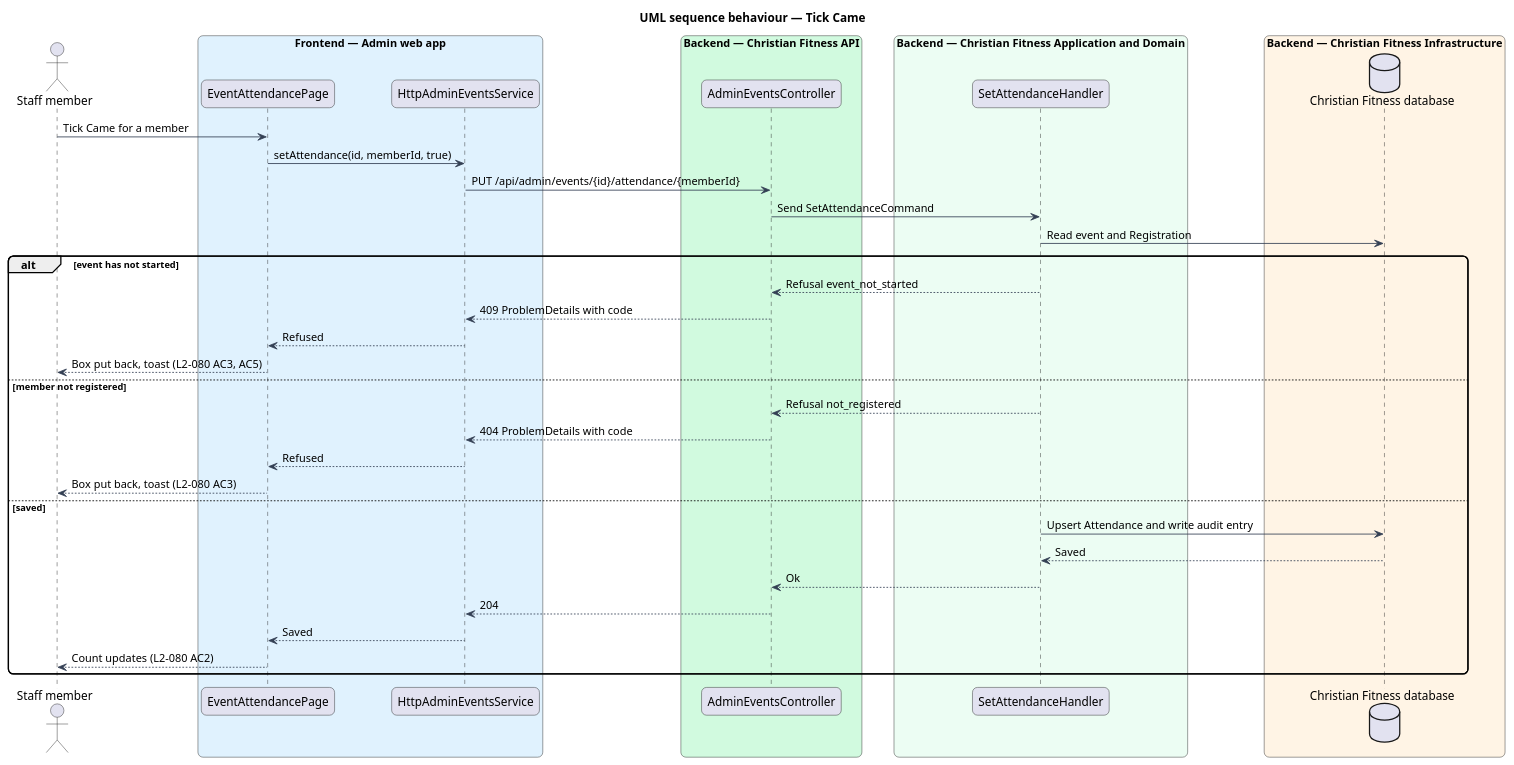
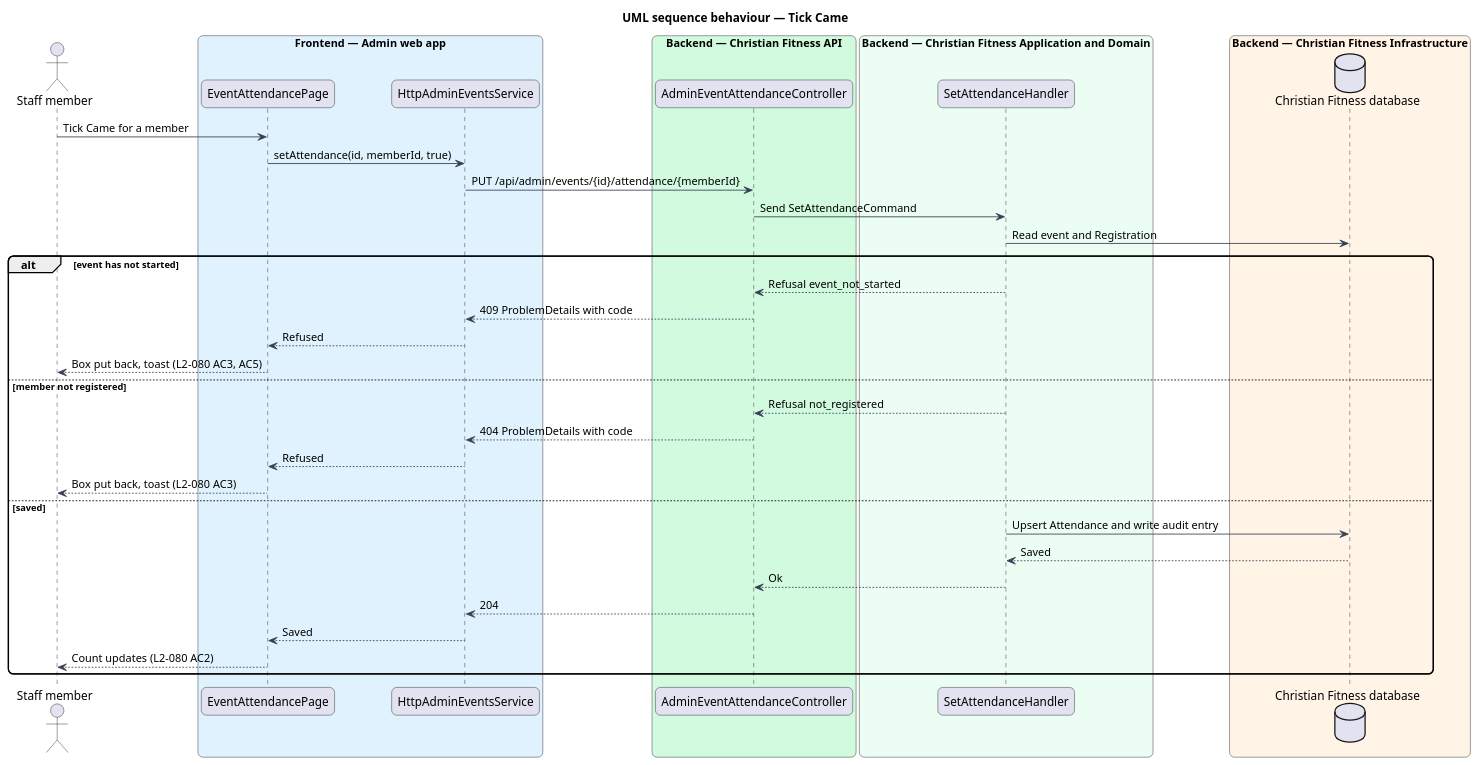
Before and after one commit to QuinntyneBrown/christian-fitness: the diagram in docs/detailed-designs/admin-events/record-attendance/diagrams/sequence-tick.puml, drawn with PlantUML. The commit also changed 11 other files, not shown here.

```diff
--- a/docs/detailed-designs/admin-events/record-attendance/diagrams/sequence-tick.puml
+++ b/docs/detailed-designs/admin-events/record-attendance/diagrams/sequence-tick.puml
@@ -1,45 +1,45 @@
 @startuml
 title UML sequence behaviour — Tick Came
 skinparam backgroundColor #FFFFFF
 skinparam shadowing false
 skinparam roundcorner 12
 skinparam defaultFontName Arial
 skinparam ArrowColor #344054
 actor "Staff member" as actor
 box "Frontend — Admin web app" #E0F2FE
   participant "EventAttendancePage" as page
   participant "HttpAdminEventsService" as client
 end box
 box "Backend — Christian Fitness API" #D1FADF
-  participant "AdminEventsController" as ctrl
+  participant "AdminEventAttendanceController" as ctrl
 end box
 box "Backend — Christian Fitness Application and Domain" #ECFDF3
   participant "SetAttendanceHandler" as handler
 end box
 box "Backend — Christian Fitness Infrastructure" #FFF4E5
   database "Christian Fitness database" as db
 end box
 actor -> page : Tick Came for a member
 page -> client : setAttendance(id, memberId, true)
 client -> ctrl : PUT /api/admin/events/{id}/attendance/{memberId}
 ctrl -> handler : Send SetAttendanceCommand
 handler -> db : Read event and Registration
 alt event has not started
   handler --> ctrl : Refusal event_not_started
   ctrl --> client : 409 ProblemDetails with code
   client --> page : Refused
   page --> actor : Box put back, toast (L2-080 AC3, AC5)
 else member not registered
   handler --> ctrl : Refusal not_registered
   ctrl --> client : 404 ProblemDetails with code
   client --> page : Refused
   page --> actor : Box put back, toast (L2-080 AC3)
 else saved
   handler -> db : Upsert Attendance and write audit entry
   db --> handler : Saved
   handler --> ctrl : Ok
   ctrl --> client : 204
   client --> page : Saved
   page --> actor : Count updates (L2-080 AC2)
 end
 @enduml
```
